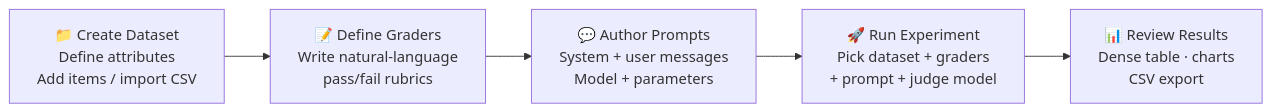
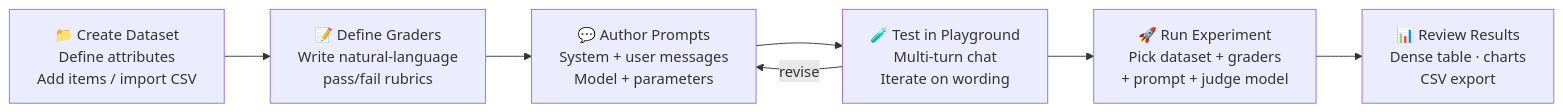
One commit to josorio7122/eval-harness changed the first of 2 diagrams in README.md. Above: the diagram before and after it, drawn with Mermaid. The commit also changed other lines of this file, not shown here.

Commit message:
docs: add Playground to README diagrams
- User Workflow: add T node (Test in Playground) between Author Prompts and Run Experiment with revise feedback loop
- System Flow: add PG node (Playground) as a direct branch from UI → API → streamText, separate from experiment runner

````diff
--- a/README.md
+++ b/README.md
@@ -21,10 +21,12 @@
 ```mermaid
 flowchart LR
     A["📁 Create Dataset<br/>Define attributes<br/>Add items / import CSV"]
     B["📝 Define Graders<br/>Write natural-language<br/>pass/fail rubrics"]
     P["💬 Author Prompts<br/>System + user messages<br/>Model + parameters"]
+    T["🧪 Test in Playground<br/>Multi-turn chat<br/>Iterate on wording"]
     C["🚀 Run Experiment<br/>Pick dataset + graders<br/>+ prompt + judge model"]
     D["📊 Review Results<br/>Dense table · charts<br/>CSV export"]
 
-    A --> B --> P --> C --> D
+    A --> B --> P --> T --> C --> D
+    T -->|"revise"| P
 ```
````
